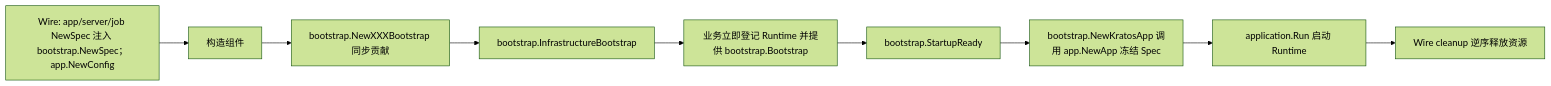
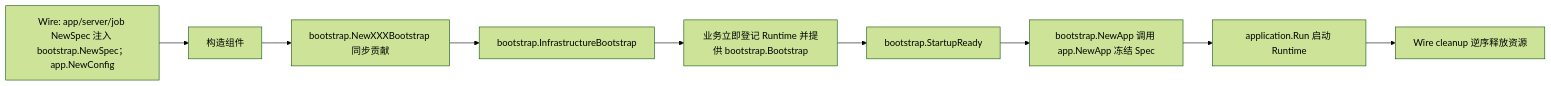
Before and after one commit to jaggerzhuang1994/kratos-foundation: the third of 4 diagrams in README.md, drawn with Mermaid (forest theme). The commit also changed other lines of this file and 31 other files, not shown here.

````diff
--- a/README.md
+++ b/README.md
@@ -116,11 +116,11 @@
 ```mermaid
 flowchart LR
     A[Wire: app/server/job NewSpec 注入 bootstrap.NewSpec；app.NewConfig] --> B[构造组件]
     B --> C[bootstrap.NewXXXBootstrap 同步贡献]
     C --> D[bootstrap.InfrastructureBootstrap]
     D --> U[业务立即登记 Runtime 并提供 bootstrap.Bootstrap]
     U --> V[bootstrap.StartupReady]
-    V --> E[bootstrap.NewKratosApp 调用 app.NewApp 冻结 Spec]
+    V --> E[bootstrap.NewApp 调用 app.NewApp 冻结 Spec]
     E --> F[application.Run 启动 Runtime]
     F --> G[Wire cleanup 逆序释放资源]
 ```
````
